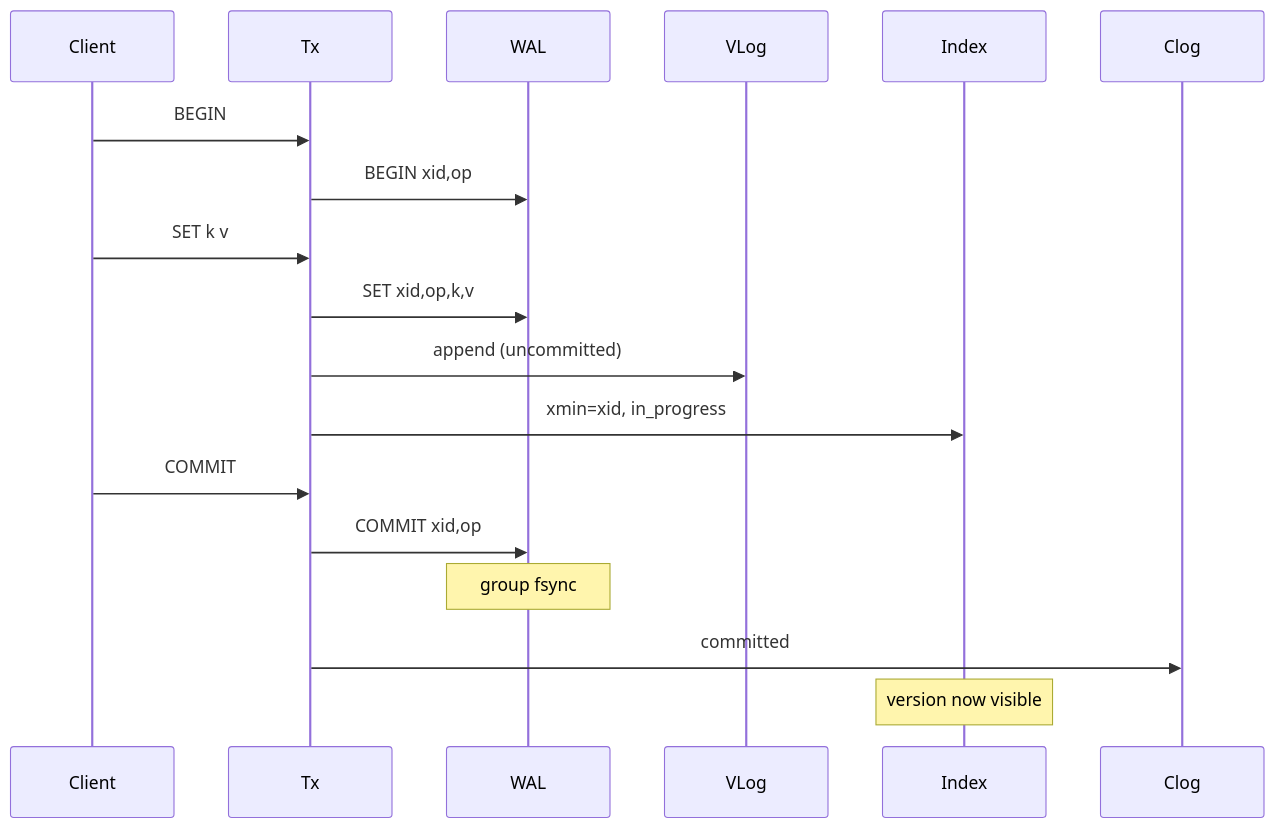
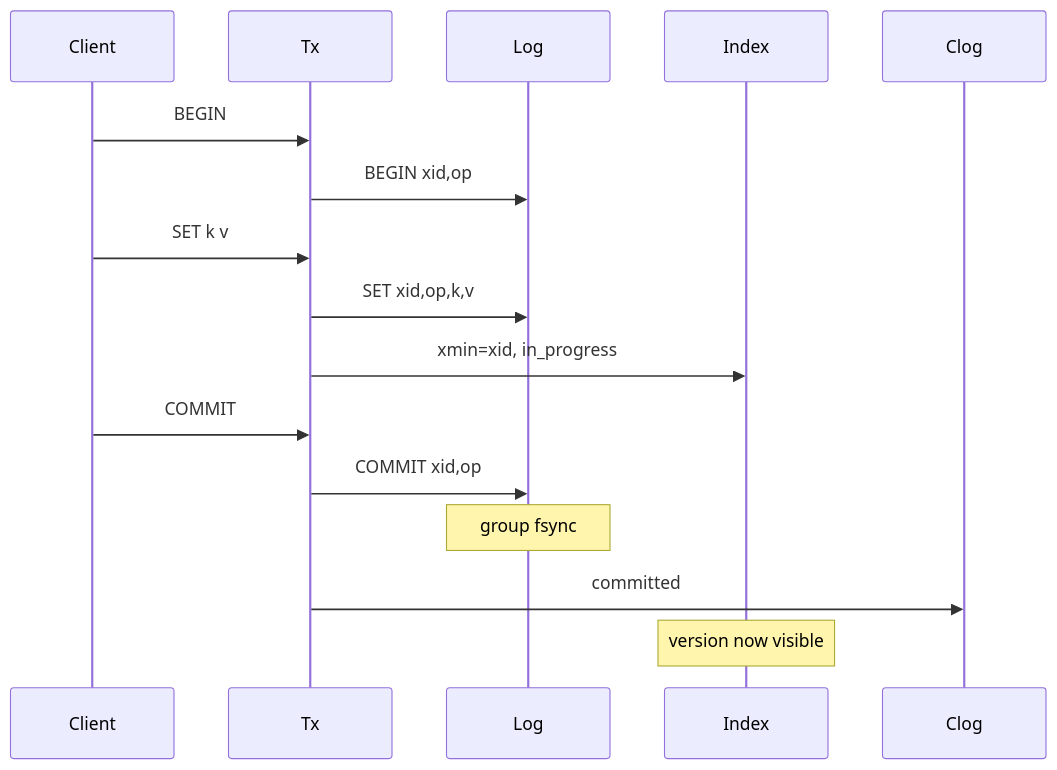
The diagram in README.md (kirubasankars/turnstone), drawn with Mermaid before and after one commit. The commit also changed other lines of this file and 36 other files, not shown here.

First line of the commit message:
Replace WAL/VLog/LevelDB with single log and in-memory index

````diff
--- a/README.md
+++ b/README.md
@@ -282,20 +283,18 @@
 ```mermaid
 sequenceDiagram
     participant Client
     participant Tx
-    participant WAL
-    participant VLog
+    participant Log
     participant Index
     participant Clog
     Client->>Tx: BEGIN
-    Tx->>WAL: BEGIN xid,op
+    Tx->>Log: BEGIN xid,op
     Client->>Tx: SET k v
-    Tx->>WAL: SET xid,op,k,v
-    Tx->>VLog: append (uncommitted)
+    Tx->>Log: SET xid,op,k,v
     Tx->>Index: xmin=xid, in_progress
     Client->>Tx: COMMIT
-    Tx->>WAL: COMMIT xid,op
-    Note over WAL: group fsync
+    Tx->>Log: COMMIT xid,op
+    Note over Log: group fsync
     Tx->>Clog: committed
     Note over Index: version now visible
 ```
````
